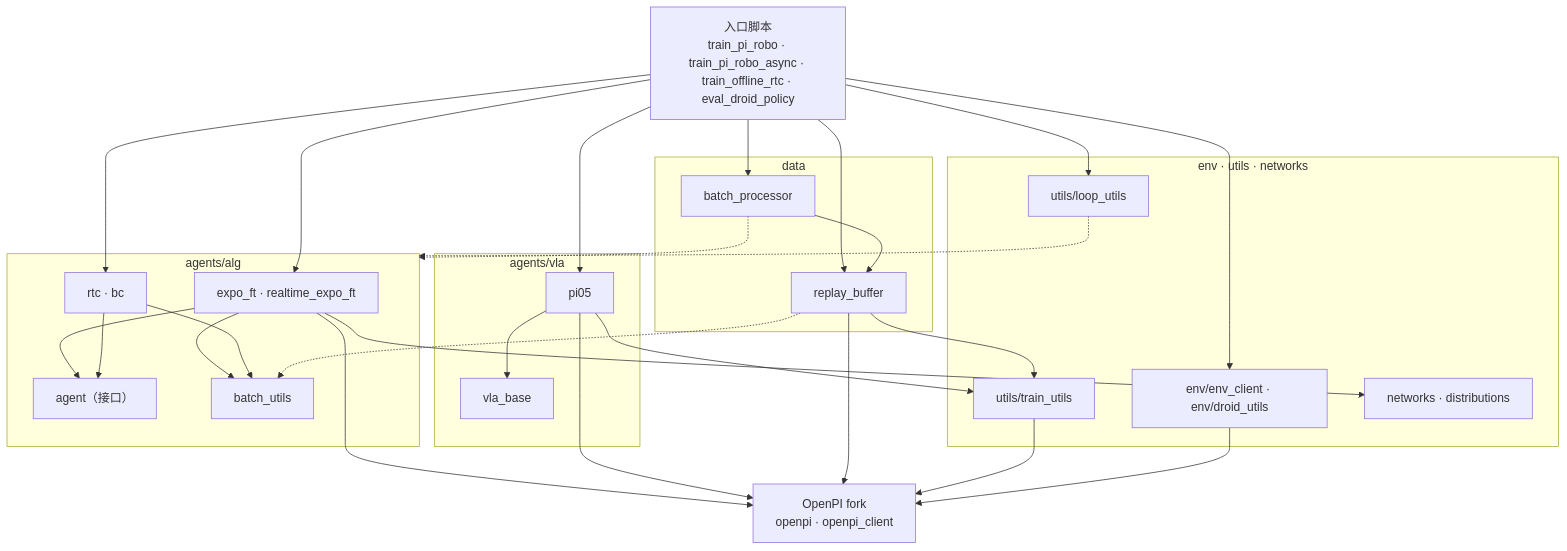
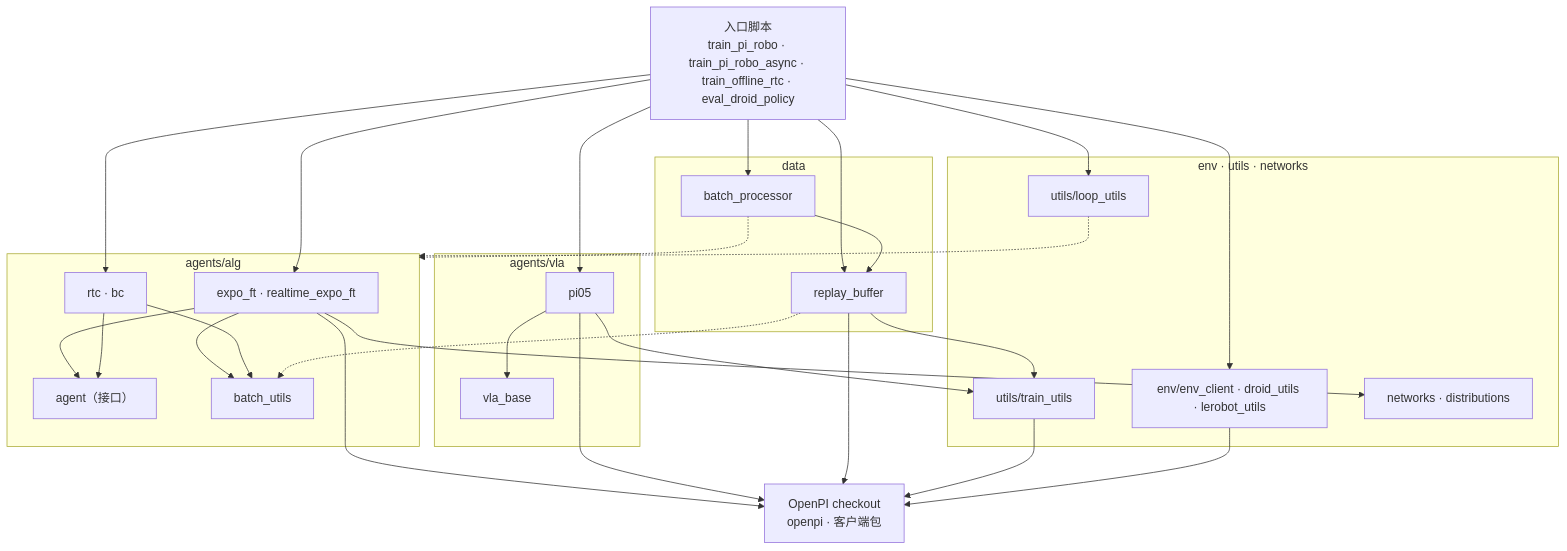
Before and after one commit to AtticusZeller/vla-post-train: the fifth of 6 diagrams in docs/expo-ft/codebase.md, drawn with Mermaid. The commit also changed other lines of this file and 1 other file, not shown here.

````diff
--- a/docs/expo-ft/codebase.md
+++ b/docs/expo-ft/codebase.md
@@ -254,49 +259,49 @@
 ```mermaid
 flowchart TB
     ENT["入口脚本<br/>train_pi_robo · train_pi_robo_async · train_offline_rtc · eval_droid_policy"]
     subgraph ALG["agents/alg"]
         LRN["expo_ft · realtime_expo_ft"]
         RB2["rtc · bc"]
         AGT["agent（接口）"]
         BU["batch_utils"]
     end
     subgraph VLA["agents/vla"]
         PI["pi05"]
         VB["vla_base"]
     end
     subgraph DATA["data"]
         RB["replay_buffer"]
         BP["batch_processor"]
     end
     subgraph LOW["env · utils · networks"]
-        EC["env/env_client · env/droid_utils"]
+        EC["env/env_client · droid_utils · lerobot_utils"]
         LP["utils/loop_utils"]
         TU["utils/train_utils"]
         NET["networks · distributions"]
     end
-    OP["OpenPI fork<br/>openpi · openpi_client"]
+    OP["OpenPI checkout<br/>openpi · 客户端包"]
     ENT --> LRN
     ENT --> RB2
     ENT --> PI
     ENT --> BP
     ENT --> RB
     ENT --> EC
     ENT --> LP
     LRN --> AGT
     LRN --> BU
     LRN --> NET
     RB2 --> AGT
     RB2 --> BU
     PI --> VB
     PI --> TU
     RB --> TU
     BP --> RB
     RB -.-> BU
     BP -.-> ALG
     LP -.-> ALG
     LRN --> OP
     PI --> OP
     RB --> OP
     TU --> OP
     EC --> OP
 ```
````
